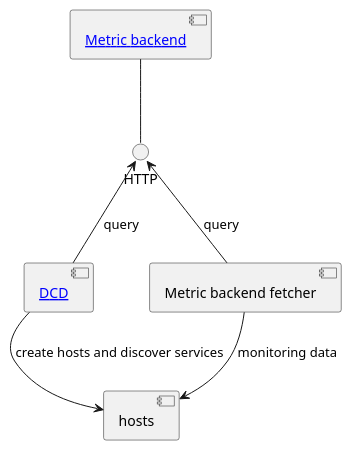
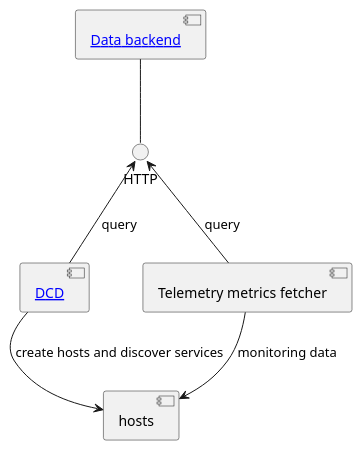
The diagram in doc/documentation/arch-comp-otel-monitoring-dcd.puml (Checkmk/checkmk), drawn with PlantUML before and after one commit. The commit also changed 10 other files, not shown here.

First line of the commit message:
docs: rename the metric backend architecture documentation

```diff
--- a/doc/documentation/arch-comp-otel-monitoring-dcd.puml
+++ b/doc/documentation/arch-comp-otel-monitoring-dcd.puml
@@ -1,15 +1,15 @@
 @startuml
 
-component "[[../arch-comp-metric-backend.html Metric backend]]" as metric_backend
-interface "HTTP" as http_metric_backend
+component "[[../arch-comp-data-backend.html Data backend]]" as data_backend
+interface "HTTP" as http_data_backend
 component "[[../arch-comp-dcdd.html DCD]]" as dcd
 component "hosts" as hosts
-component "Metric backend fetcher" as metric_backend_fetcher
+component "Telemetry metrics fetcher" as telemetry_metrics_fetcher
 
-metric_backend -down- http_metric_backend
-dcd -up-> http_metric_backend: query
-metric_backend_fetcher -up-> http_metric_backend: query
+data_backend -down- http_data_backend
+dcd -up-> http_data_backend: query
+telemetry_metrics_fetcher -up-> http_data_backend: query
 dcd -down-> hosts: create hosts and discover services
-metric_backend_fetcher -down-> hosts: monitoring data
+telemetry_metrics_fetcher -down-> hosts: monitoring data
 
 @enduml
```
